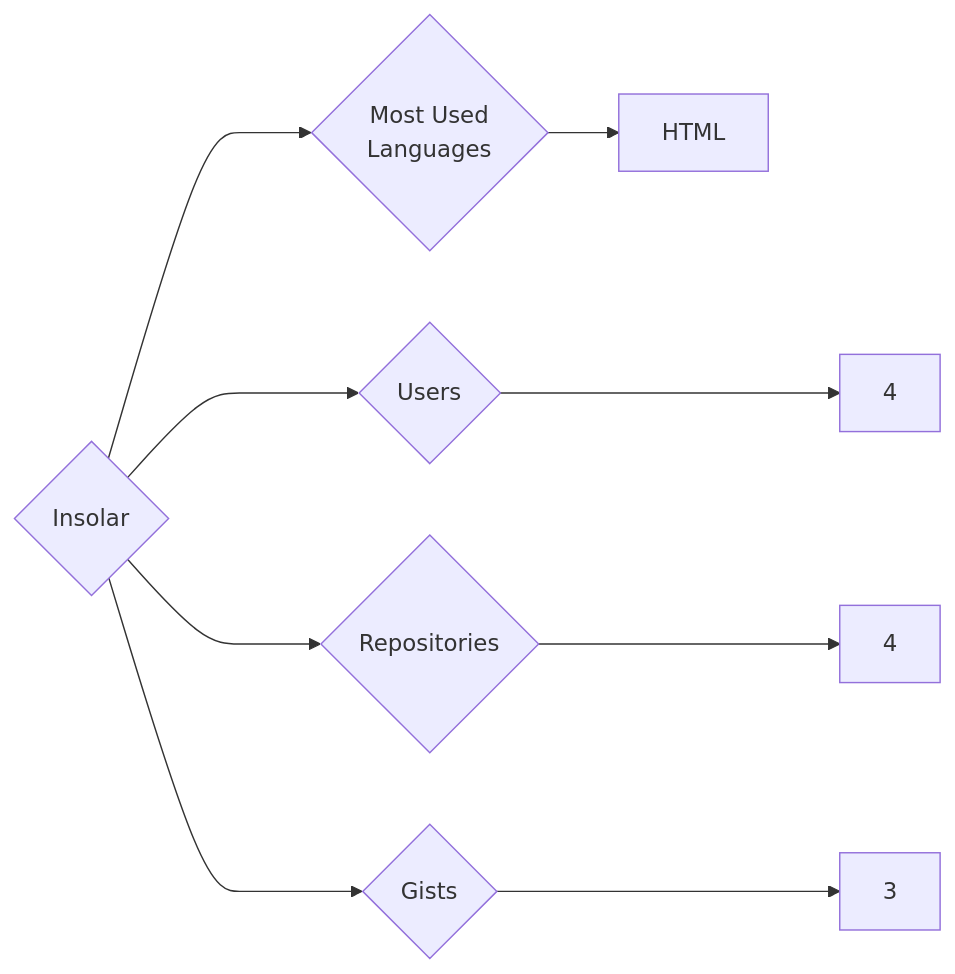
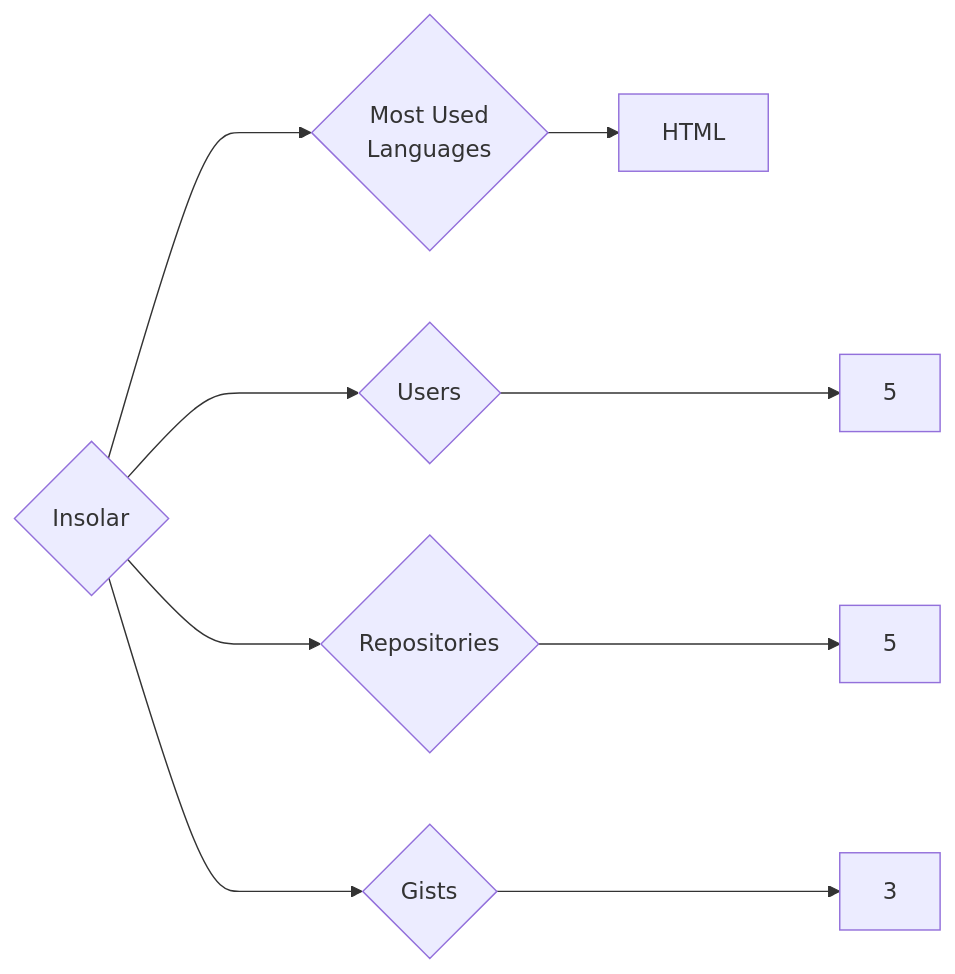
Before and after one commit to trickest/insiders: the diagram in targets/Insolar/README.md, drawn with Mermaid. The commit also changed 1092 other files, not shown here.

````diff
--- a/targets/Insolar/README.md
+++ b/targets/Insolar/README.md
@@ -3,9 +3,9 @@
 ```mermaid
 graph LR
 COMPANY_NAME{Insolar}
-COMPANY_NAME ---> U{Users} ---> UN[4]
-COMPANY_NAME ---> R{Repositories} ---> RN[4]
+COMPANY_NAME ---> U{Users} ---> UN[5]
+COMPANY_NAME ---> R{Repositories} ---> RN[5]
 COMPANY_NAME ---> G{Gists} ---> GN[3]
 COMPANY_NAME ---> ML{Most Used<br>Languages}
 ML --> HTML[HTML]
 ```
````
